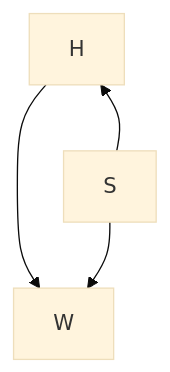
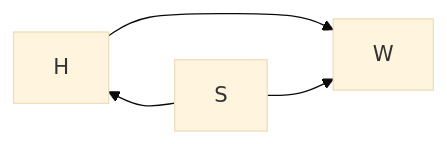
Before and after one commit to cmcntsh/StatBayesAnalysisChecklist: the second of 2 diagrams in README.md, drawn with Mermaid (base theme).

Commit message:
Change graph direction from TD to LR in README

````diff
--- a/README.md
+++ b/README.md
@@ -15,7 +15,7 @@
 ```mermaid
-graph TD
+graph LR
     H --> W
     H ~~~ S
     S --> H
     S --> W
 ```
````
